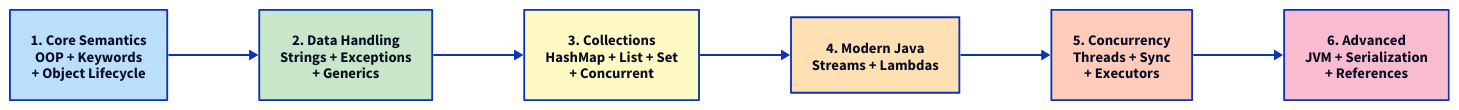
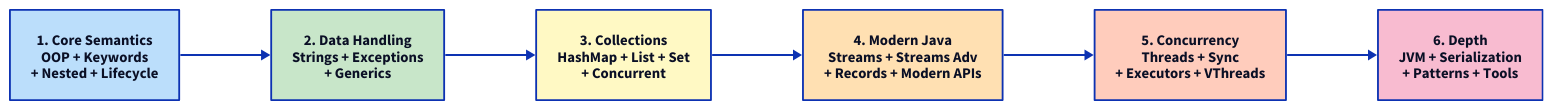
The second of 3 diagrams in docs/java/index.md (cyberstoneac/dsa_docs), drawn with D2 before and after one commit. The commit also changed other lines of this file and 30 other files, not shown here.

````diff
--- a/docs/java/index.md
+++ b/docs/java/index.md
@@ -152,24 +162,24 @@
 ```d2
 direction: right
 
-s1: "1. Core Semantics\nOOP + Keywords\n+ Object Lifecycle" {
+s1: "1. Core Semantics\nOOP + Keywords\n+ Nested + Lifecycle" {
   style.fill: "#bbdefb"
 }
 s2: "2. Data Handling\nStrings + Exceptions\n+ Generics" {
   style.fill: "#c8e6c9"
 }
 s3: "3. Collections\nHashMap + List + Set\n+ Concurrent" {
   style.fill: "#fff9c4"
 }
-s4: "4. Modern Java\nStreams + Lambdas" {
+s4: "4. Modern Java\nStreams + Streams Adv\n+ Records + Modern APIs" {
   style.fill: "#ffe0b2"
 }
-s5: "5. Concurrency\nThreads + Sync\n+ Executors" {
+s5: "5. Concurrency\nThreads + Sync\n+ Executors + VThreads" {
   style.fill: "#ffccbc"
 }
-s6: "6. Advanced\nJVM + Serialization\n+ References" {
+s6: "6. Depth\nJVM + Serialization\n+ Patterns + Tools" {
   style.fill: "#f8bbd0"
 }
 
 s1 -> s2 -> s3 -> s4 -> s5 -> s6
 ```
````
